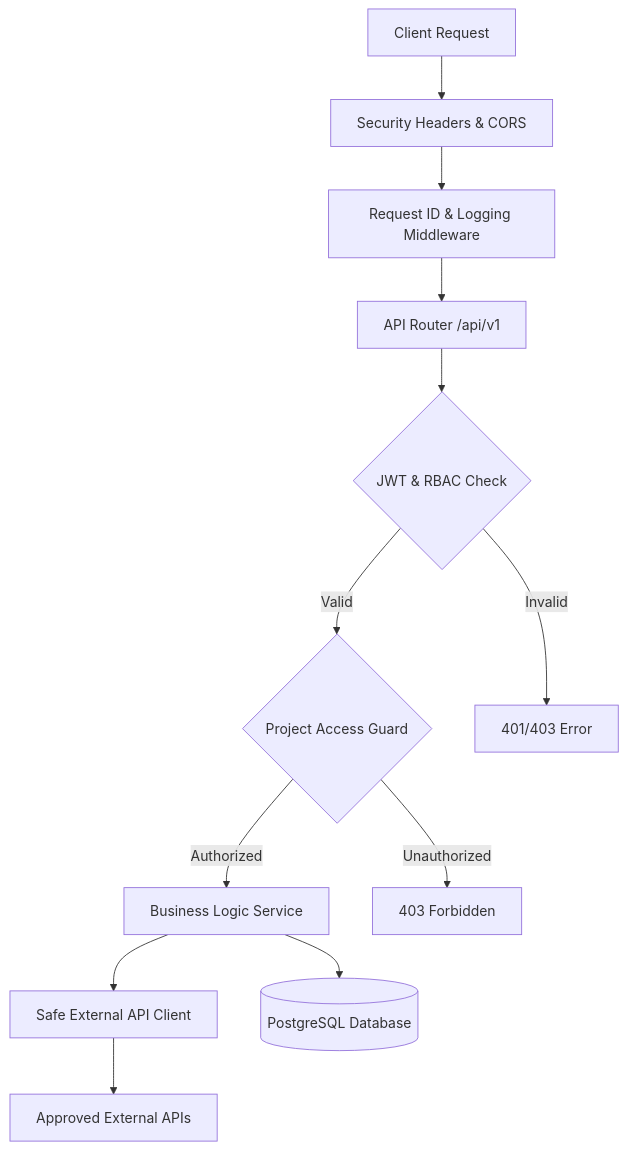
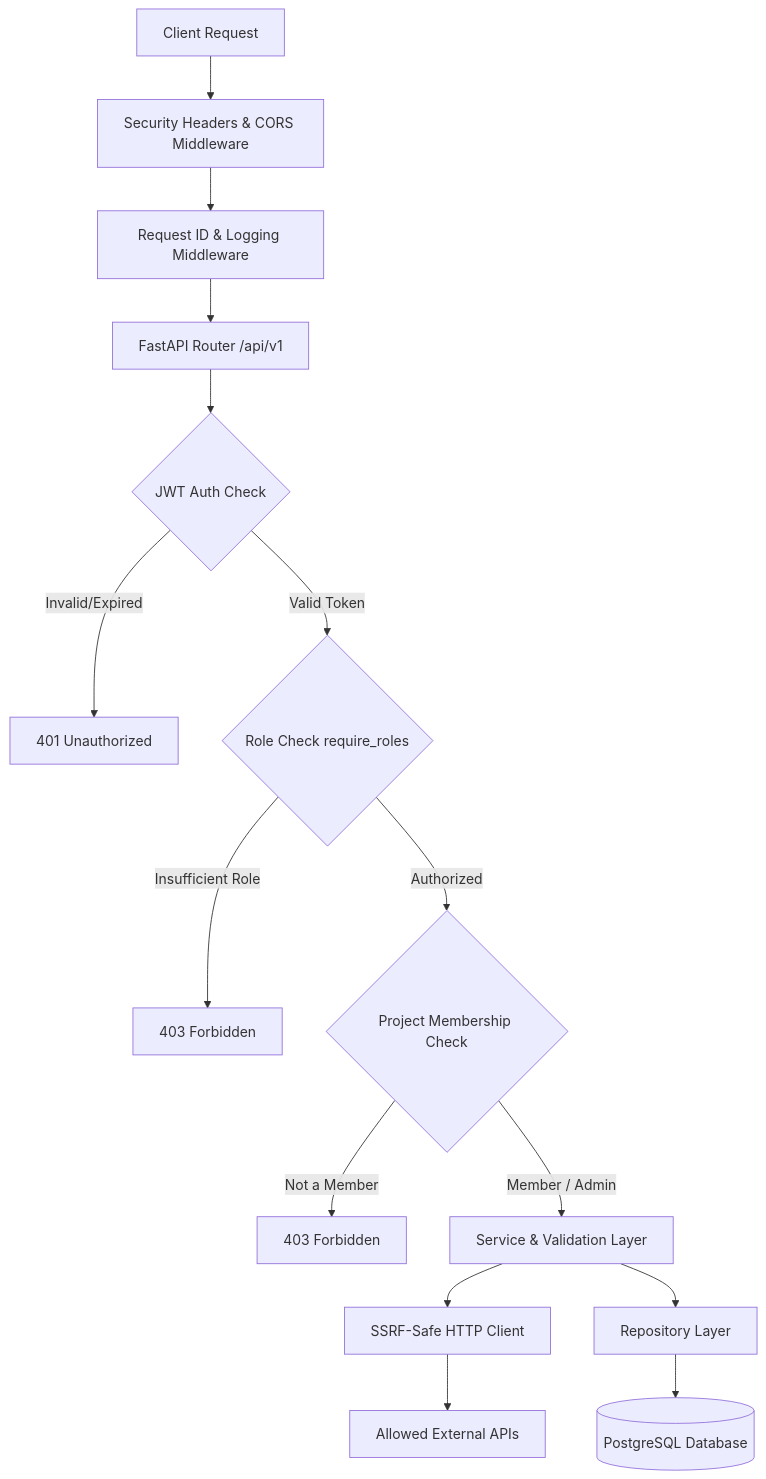
Before and after one commit to Subhanulhaq935/team_project_api: the diagram in docs/security.md, drawn with Mermaid. The commit also changed other lines of this file and 3 other files, not shown here.

````diff
--- a/docs/security.md
+++ b/docs/security.md
@@ -26,14 +26,17 @@
 ```mermaid
 graph TD
-    Client[Client Request] --> Security[Security Headers & CORS]
-    Security --> ReqID[Request ID & Logging Middleware]
-    ReqID --> Router[API Router /api/v1]
-    Router --> AuthCheck{JWT & RBAC Check}
-    AuthCheck -- Valid --> AccessGuard{Project Access Guard}
-    AuthCheck -- Invalid --> Error401[401/403 Error]
-    AccessGuard -- Authorized --> Service[Business Logic Service]
-    AccessGuard -- Unauthorized --> Error403[403 Forbidden]
-    Service --> SafeClient[Safe External API Client]
-    SafeClient --> External[Approved External APIs]
-    Service --> DB[(PostgreSQL Database)]
+    Client[Client Request] --> SecHeaders[Security Headers & CORS Middleware]
+    SecHeaders --> ReqTrace[Request ID & Logging Middleware]
+    ReqTrace --> Router[FastAPI Router /api/v1]
+    Router --> AuthGuard{JWT Auth Check}
+    AuthGuard -- Invalid/Expired --> Err401[401 Unauthorized]
+    AuthGuard -- Valid Token --> RBACGuard{Role Check require_roles}
+    RBACGuard -- Insufficient Role --> Err403[403 Forbidden]
+    RBACGuard -- Authorized --> BOLAGuard{Project Membership Check}
+    BOLAGuard -- Not a Member --> Err403_2[403 Forbidden]
+    BOLAGuard -- Member / Admin --> ServiceLayer[Service & Validation Layer]
+    ServiceLayer --> SSRFSafe[SSRF-Safe HTTP Client]
+    SSRFSafe --> ExtAPI[Allowed External APIs]
+    ServiceLayer --> Repos[Repository Layer]
+    Repos --> DB[(PostgreSQL Database)]
 ```
````
